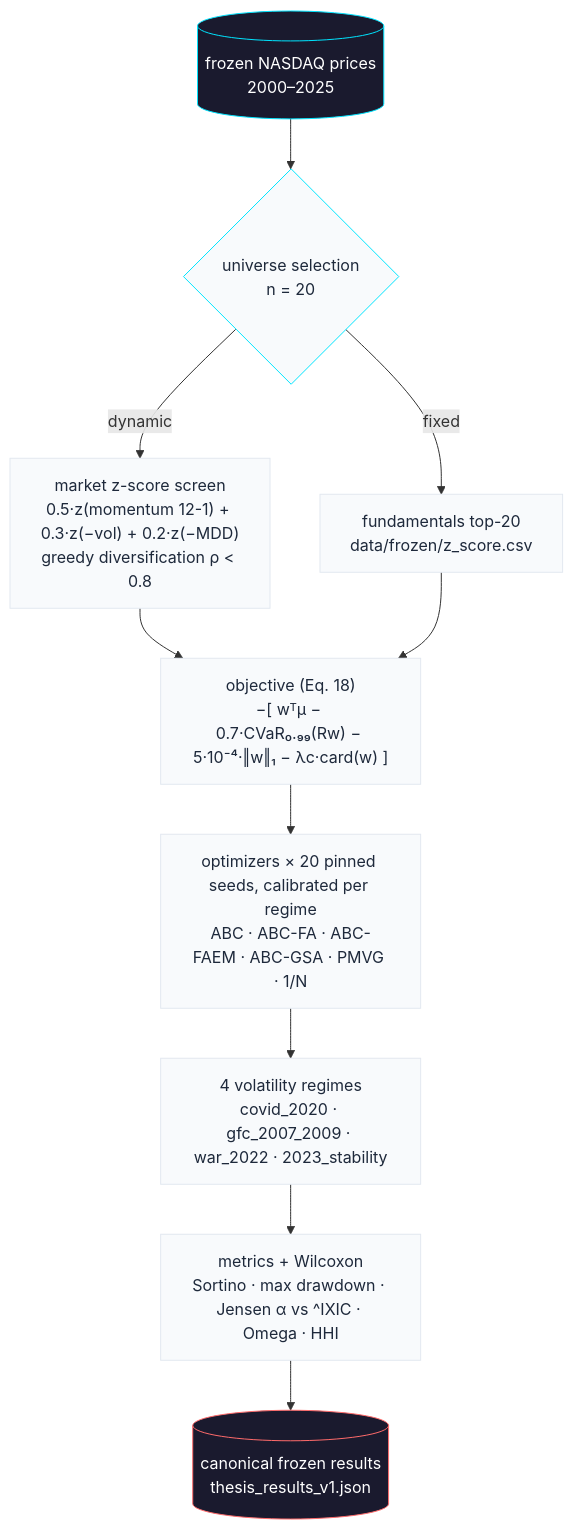
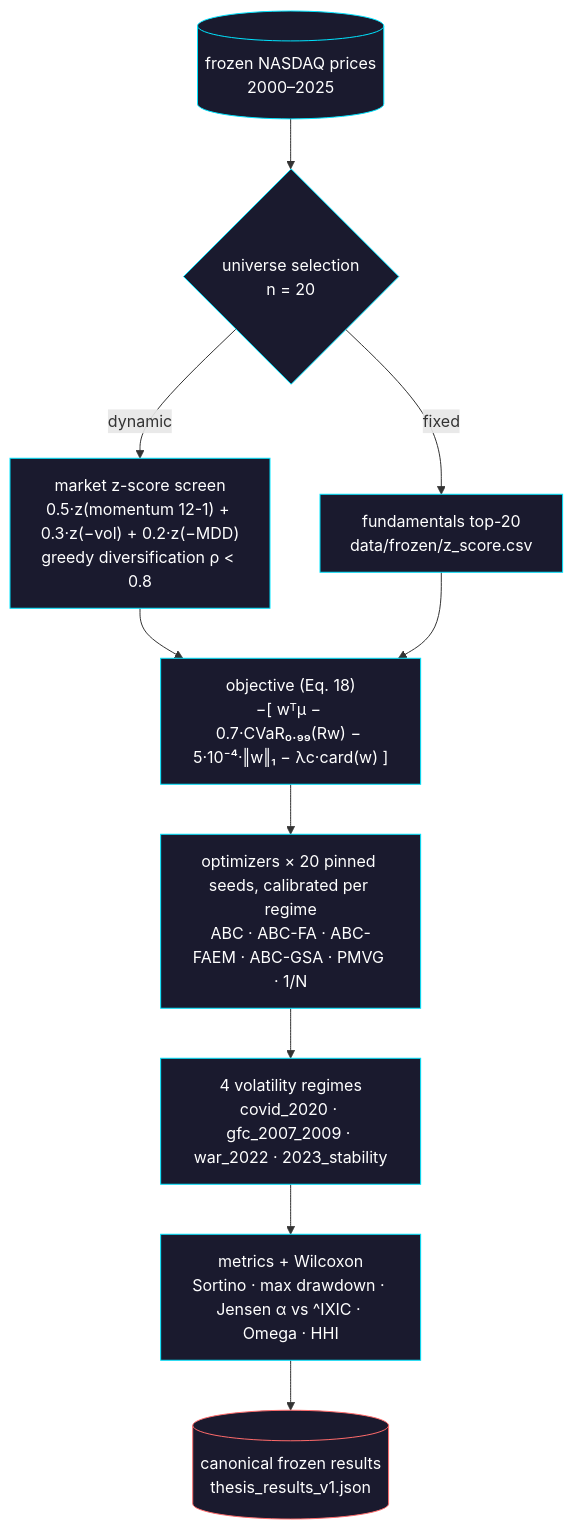
Before and after one commit to npidiache/heuristic-portfolio-optimizer: the diagram in README.md, drawn with Mermaid.

Commit message:
updated readme
updated readme

````diff
--- a/README.md
+++ b/README.md
@@ -60,24 +60,24 @@
 ```mermaid
 flowchart TD
     data[("frozen NASDAQ prices<br/>2000–2025")]
     data --> universe{"universe selection<br/>n = 20"}
     universe -- dynamic --> dyn["market z-score screen<br/>0.5·z(momentum 12-1) + 0.3·z(−vol) + 0.2·z(−MDD)<br/>greedy diversification ρ &lt; 0.8"]
     universe -- fixed --> fix["fundamentals top-20<br/>data/frozen/z_score.csv"]
     dyn --> objective
     fix --> objective
     objective["objective (Eq. 18)<br/>−[ wᵀμ − 0.7·CVaR₀.₉₉(Rw) − 5·10⁻⁴·‖w‖₁ − λc·card(w) ]"]
     objective --> optimizers["optimizers × 20 pinned seeds, calibrated per regime<br/>ABC · ABC-FA · ABC-FAEM · ABC-GSA · PMVG · 1/N"]
     optimizers --> regimes["4 volatility regimes<br/>covid_2020 · gfc_2007_2009 · war_2022 · 2023_stability"]
     regimes --> metrics["metrics + Wilcoxon<br/>Sortino · max drawdown · Jensen α vs ^IXIC · Omega · HHI"]
     metrics --> canonical[("canonical frozen results<br/>thesis_results_v1.json")]
 
     style data fill:#1A1A2E,stroke:#00E5FF,color:#FFFFFF
     style canonical fill:#1A1A2E,stroke:#FF6B6B,color:#FFFFFF
-    style universe fill:#F8FAFC,stroke:#00E5FF,color:#1E293B
-    style objective fill:#F8FAFC,stroke:#E2E8F0,color:#1E293B
-    style optimizers fill:#F8FAFC,stroke:#E2E8F0,color:#1E293B
-    style regimes fill:#F8FAFC,stroke:#E2E8F0,color:#1E293B
-    style metrics fill:#F8FAFC,stroke:#E2E8F0,color:#1E293B
-    style dyn fill:#F8FAFC,stroke:#E2E8F0,color:#1E293B
-    style fix fill:#F8FAFC,stroke:#E2E8F0,color:#1E293B
+    style universe fill:#1A1A2E,stroke:#00E5FF,color:#FFFFFF
+    style objective fill:#1A1A2E,stroke:#00E5FF,color:#FFFFFF
+    style optimizers fill:#1A1A2E,stroke:#00E5FF,color:#FFFFFF
+    style regimes fill:#1A1A2E,stroke:#00E5FF,color:#FFFFFF
+    style metrics fill:#1A1A2E,stroke:#00E5FF,color:#FFFFFF
+    style dyn fill:#1A1A2E,stroke:#00E5FF,color:#FFFFFF
+    style fix fill:#1A1A2E,stroke:#00E5FF,color:#FFFFFF
 ```
````
